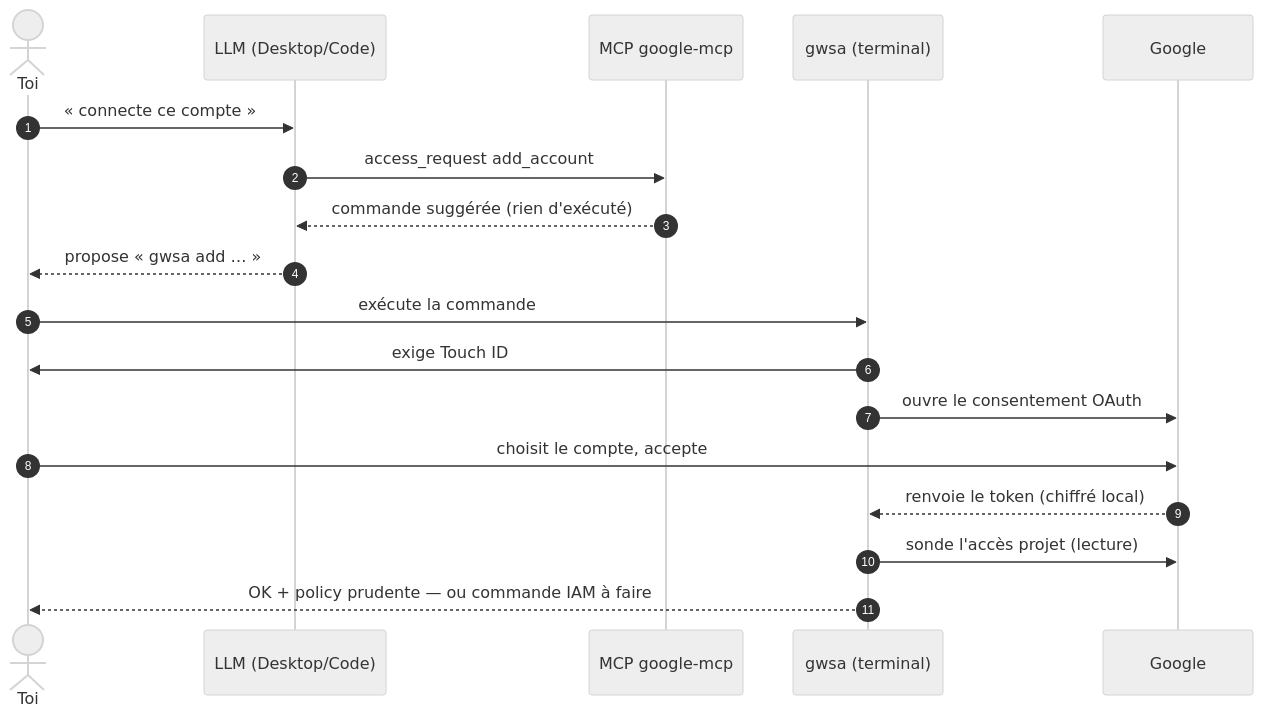
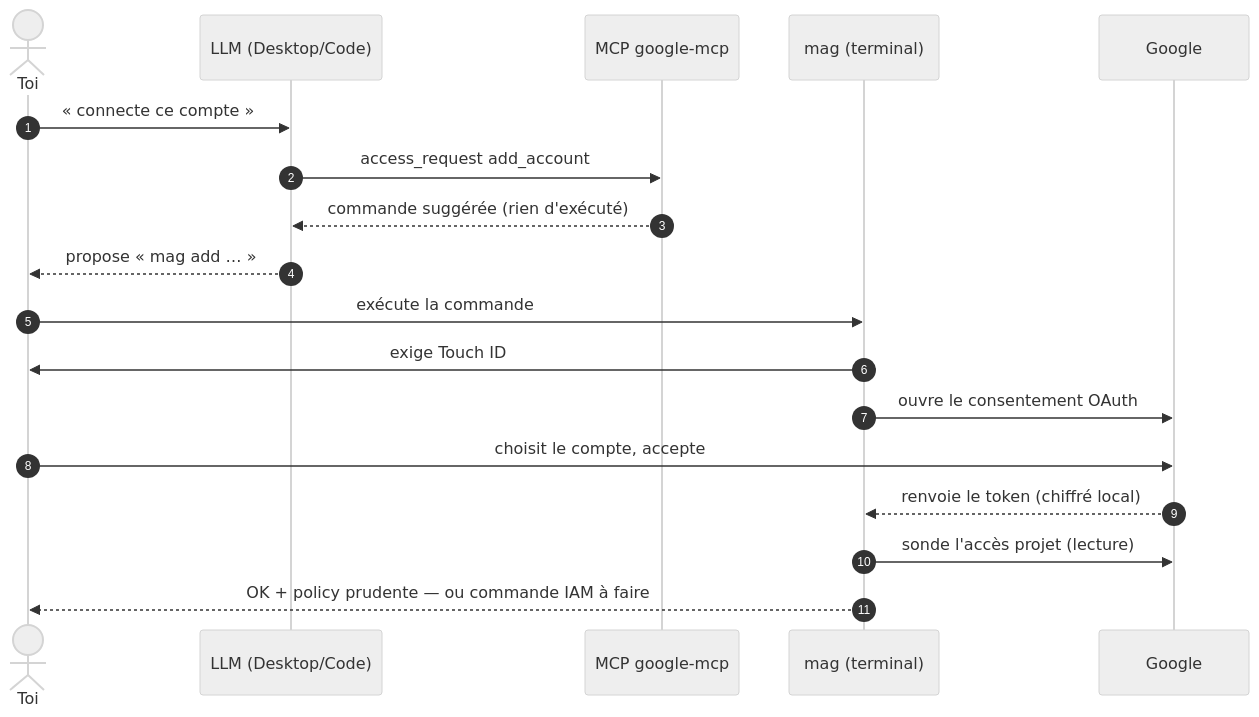
Before and after one commit to elzinko/google-mcp-multi-account: the diagram in diagrams/onboarding-add-account-elicite/diagram.mmd, drawn with Mermaid (neutral theme). The commit also changed 123 other files, not shown here.

```diff
--- a/diagrams/onboarding-add-account-elicite/diagram.mmd
+++ b/diagrams/onboarding-add-account-elicite/diagram.mmd
@@ -1,19 +1,19 @@
 sequenceDiagram
     autonumber
     actor Toi
     participant LLM as LLM (Desktop/Code)
     participant MCP as MCP google-mcp
-    participant GWSA as gwsa (terminal)
+    participant GWSA as mag (terminal)
     participant Google
 
     Toi->>LLM: « connecte ce compte »
     LLM->>MCP: access_request add_account
     MCP-->>LLM: commande suggérée (rien d'exécuté)
-    LLM-->>Toi: propose « gwsa add … »
+    LLM-->>Toi: propose « mag add … »
     Toi->>GWSA: exécute la commande
     GWSA->>Toi: exige Touch ID
     GWSA->>Google: ouvre le consentement OAuth
     Toi->>Google: choisit le compte, accepte
     Google-->>GWSA: renvoie le token (chiffré local)
     GWSA->>Google: sonde l'accès projet (lecture)
     GWSA-->>Toi: OK + policy prudente — ou commande IAM à faire
```
